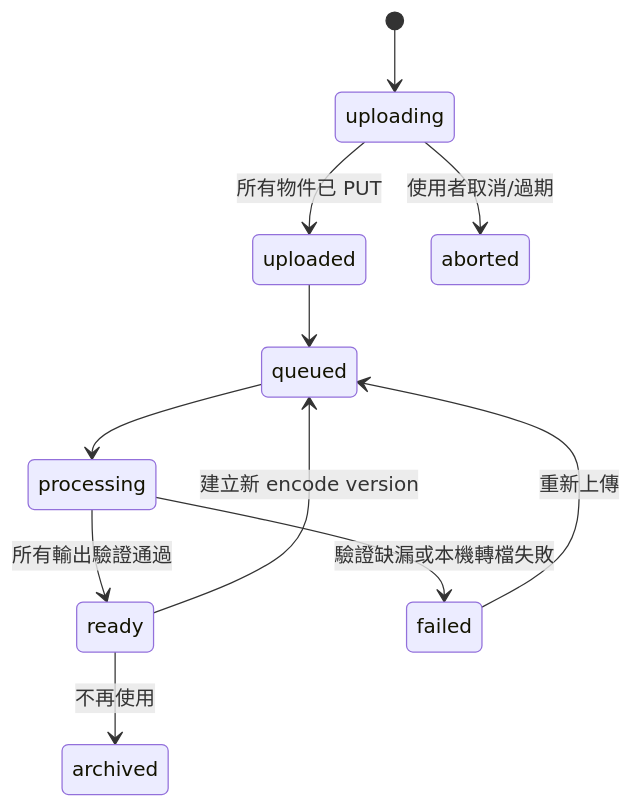
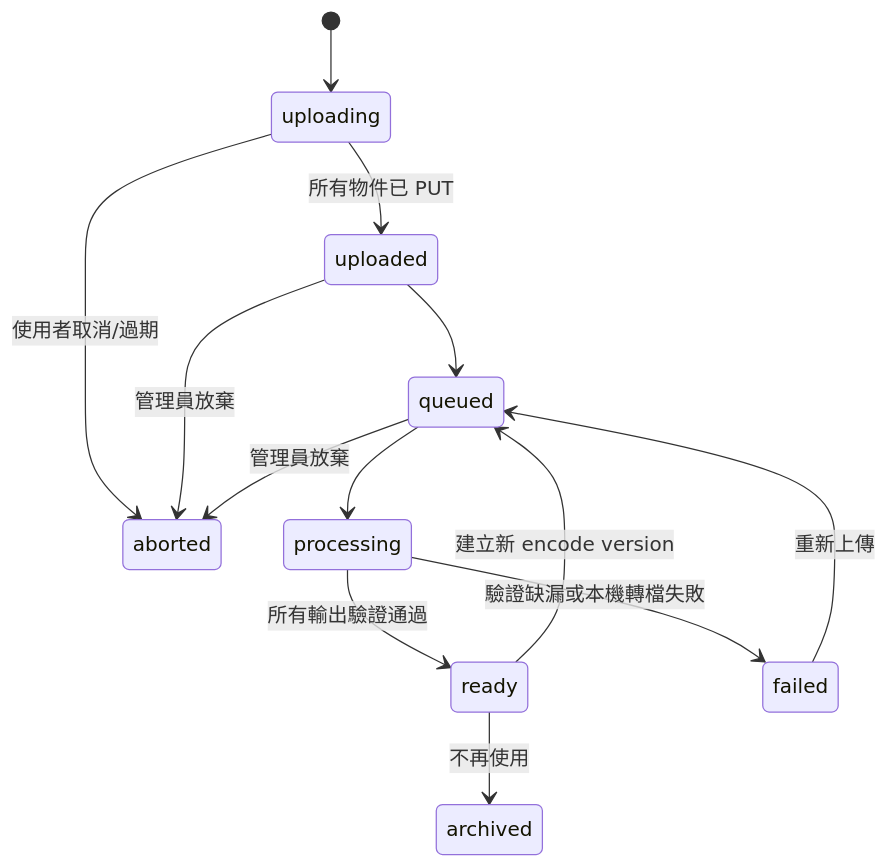
The third of 3 diagrams in docs/changes/plans/20260729-course-commerce-phase4-video-ingestion-pipeline/design.md (infixman/luma_studio), drawn with Mermaid before and after one commit. The commit also changed 12 other files, not shown here.

````diff
--- a/docs/changes/plans/20260729-course-commerce-phase4-video-ingestion-pipeline/design.md
+++ b/docs/changes/plans/20260729-course-commerce-phase4-video-ingestion-pipeline/design.md
@@ -273,13 +273,15 @@
 ```mermaid
 stateDiagram-v2
     [*] --> uploading
     uploading --> uploaded: 所有物件已 PUT
     uploading --> aborted: 使用者取消/過期
+    uploaded --> aborted: 管理員放棄
+    queued --> aborted: 管理員放棄
     uploaded --> queued
     queued --> processing
     processing --> ready: 所有輸出驗證通過
     processing --> failed: 驗證缺漏或本機轉檔失敗
     failed --> queued: 重新上傳
     ready --> queued: 建立新 encode version
     ready --> archived: 不再使用
 ```
````
